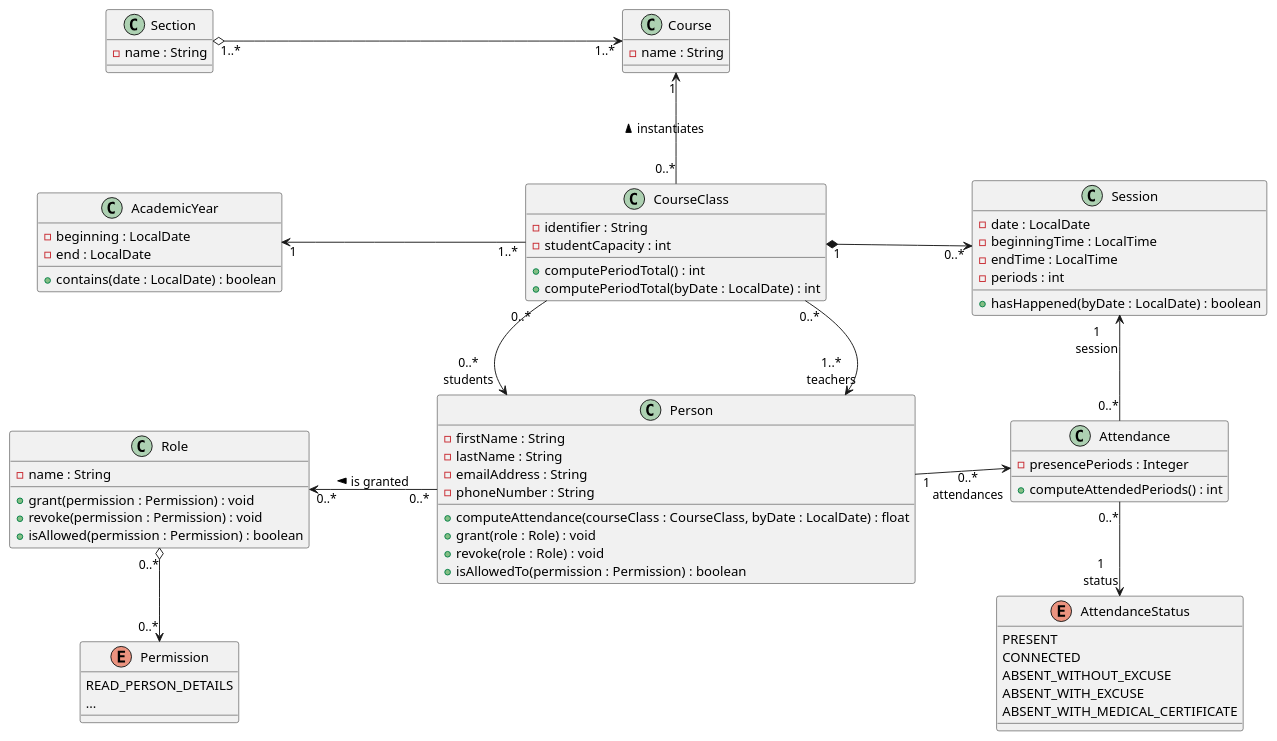
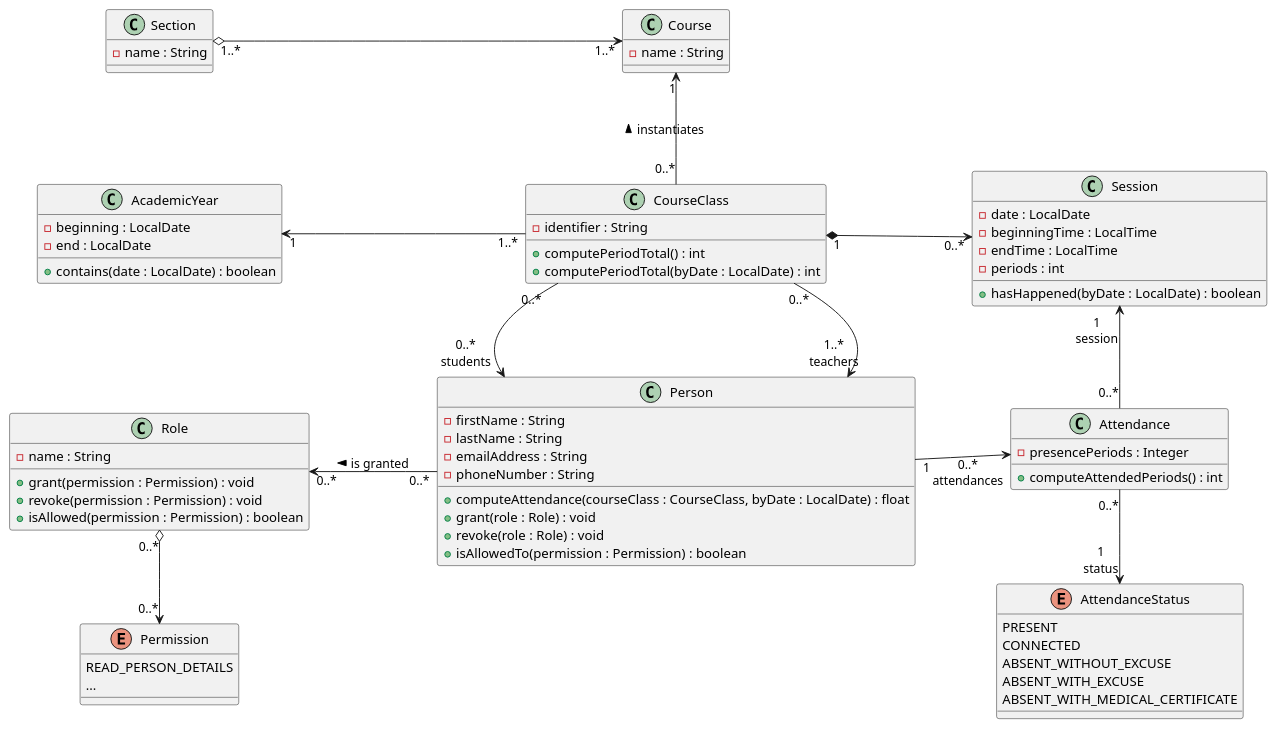
Before and after one commit to EAFC-Uccle-PROJINT-A1-2122/backend-projet-froland: the diagram in demo-course_attendance.puml, drawn with PlantUML. The commit also changed 4 other files, not shown here.

```diff
--- a/demo-course_attendance.puml
+++ b/demo-course_attendance.puml
@@ -1,72 +1,71 @@
 @startuml conception_classes
 left to right direction
 skinparam nodesep 100
 
 class Section {
   -name : String
 }
 class Course {
   -name : String
 }
 class AcademicYear {
   -beginning : LocalDate
   -end : LocalDate
   +contains(date : LocalDate) : boolean
 }
 enum Permission {
   READ_PERSON_DETAILS
   ...
 }
 class Role {
   -name : String
   +grant(permission : Permission) : void
   +revoke(permission : Permission) : void
   +isAllowed(permission : Permission) : boolean
 }
 class Person {
   -firstName : String
   -lastName : String
   -emailAddress : String
   -phoneNumber : String
   +computeAttendance(courseClass : CourseClass, byDate : LocalDate) : float
   +grant(role : Role) : void
   +revoke(role : Role) : void
   +isAllowedTo(permission : Permission) : boolean
 }
 class Session {
   -date : LocalDate
   -beginningTime : LocalTime
   -endTime : LocalTime
   -periods : int
   +hasHappened(byDate : LocalDate) : boolean
 }
 class Attendance {
   -presencePeriods : Integer
   +computeAttendedPeriods() : int
 }
 enum AttendanceStatus {
   PRESENT
   CONNECTED
   ABSENT_WITHOUT_EXCUSE
   ABSENT_WITH_EXCUSE
   ABSENT_WITH_MEDICAL_CERTIFICATE
 }
 class CourseClass {
   -identifier : String
-  -studentCapacity : int
   +computePeriodTotal() : int
   +computePeriodTotal(byDate : LocalDate) : int
 }
 
 Section "1..*" o--> "1..*" Course
 Course "1" <- "0..*" CourseClass : instantiates <
 AcademicYear "1" <-- "1..*" CourseClass
 CourseClass "0..*" -> "1..*\nteachers" Person
 CourseClass "0..*" -> "0..*\nstudents" Person
 CourseClass "1" *--> "0..*" Session
 Role "0..*" <-- "0..*" Person : is granted <
 Role "0..*" o-> "0..*" Permission
 Person "1" --> "0..*\nattendances" Attendance
 Session "1\nsession" <- "0..*" Attendance
 Attendance "0..*" -> "1\nstatus" AttendanceStatus
 @enduml
```
